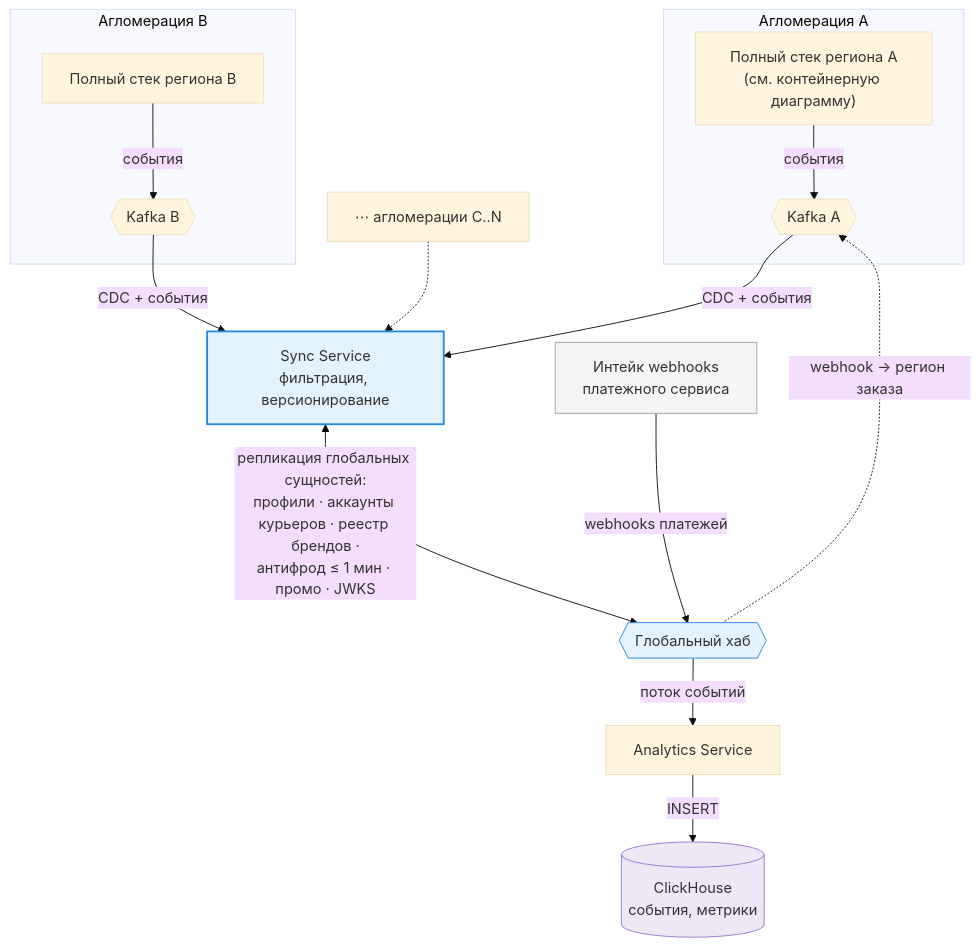
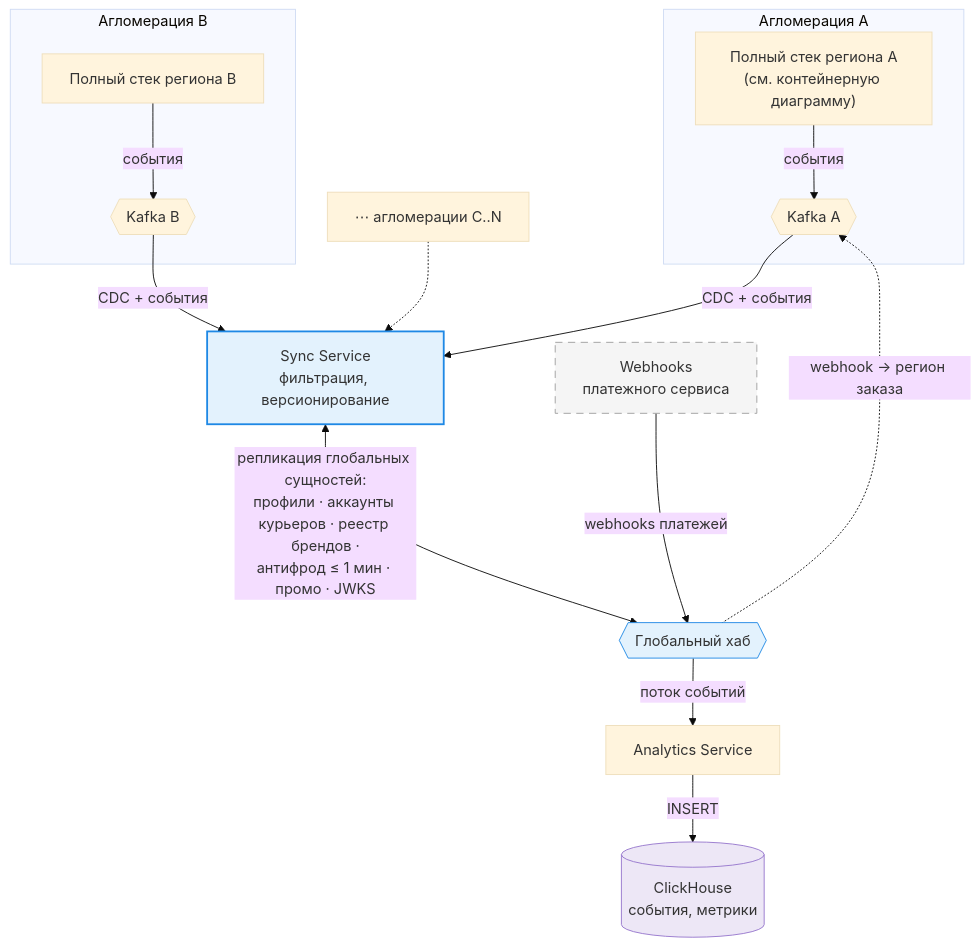
Before and after one commit to Gomozov/otus-systemdesign-homework: the second of 3 diagrams in hw_02/solution/README.md, drawn with Mermaid (base theme). The commit also changed other lines of this file and 1 other file, not shown here.

````diff
--- a/hw_02/solution/README.md
+++ b/hw_02/solution/README.md
@@ -175,37 +175,37 @@
 ```mermaid
 flowchart TB
     subgraph RA["Агломерация A"]
         APP_A["Полный стек региона A<br/>(см. контейнерную диаграмму)"]
         KF_A{{"Kafka A"}}
         APP_A -->|"события"| KF_A
     end
 
     subgraph RB["Агломерация B"]
         APP_B["Полный стек региона B"]
         KF_B{{"Kafka B"}}
         APP_B -->|"события"| KF_B
     end
 
     MORE["⋯ агломерации C..N"]
 
     SYNC["Sync Service<br/>фильтрация, версионирование"]
     HUB{{"Глобальный хаб"}}
-    AW["Интейк webhooks<br/>платежного сервиса"]
+    AW["Webhooks<br/>платежного сервиса"]
     AN["Analytics Service"]
     CH[("ClickHouse<br/>события, метрики")]
 
     KF_A -->|"CDC + события"| SYNC
     KF_B -->|"CDC + события"| SYNC
     MORE -.-> SYNC
 
     SYNC <-->|"репликация глобальных сущностей:<br/>профили · аккаунты курьеров · реестр брендов ·<br/>антифрод ≤ 1 мин · промо · JWKS"| HUB
     AW -->|"webhooks платежей"| HUB
     HUB -.->|"webhook → регион заказа"| KF_A
     HUB -->|"поток событий"| AN
     AN -->|"INSERT"| CH
 
     style SYNC fill:#e3f2fd,stroke:#1e88e5,stroke-width:2px
     style HUB fill:#e3f2fd,stroke:#1e88e5
-    style AW fill:#f5f5f5,stroke:#9e9e9e
+    style AW fill:#f5f5f5,stroke:#9e9e9e,stroke-dasharray: 8 6
     style CH fill:#ede7f6,stroke:#9575cd
 ```
````
